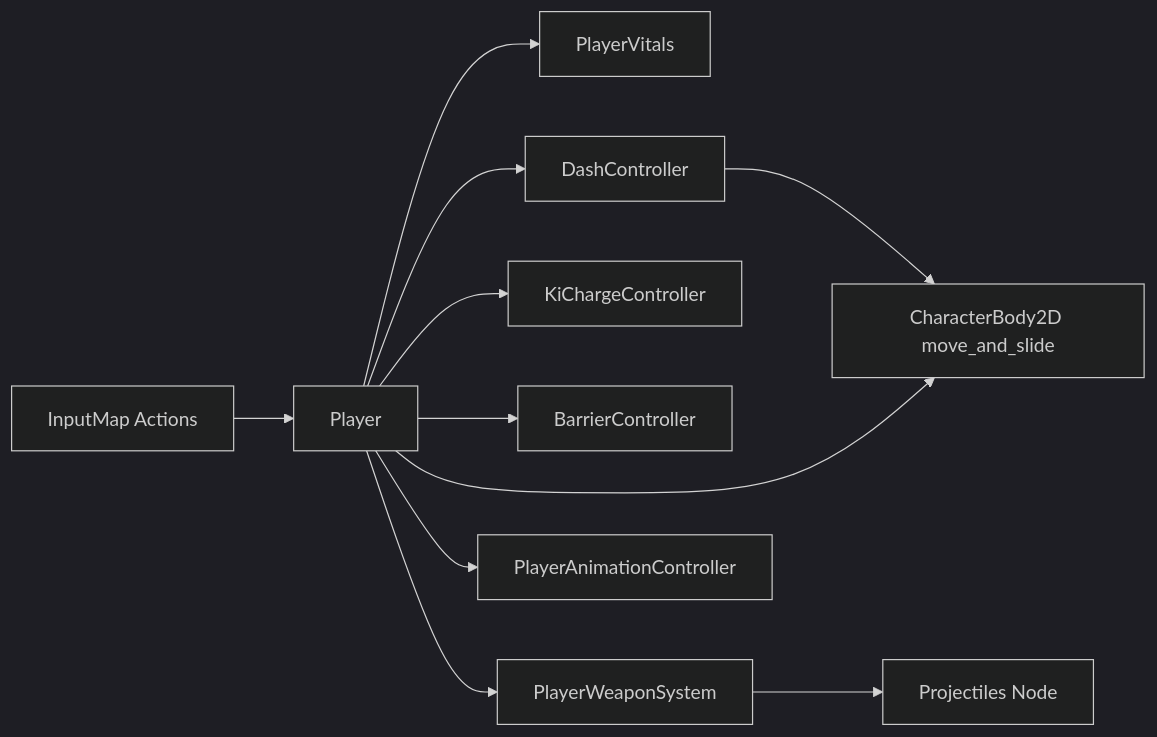
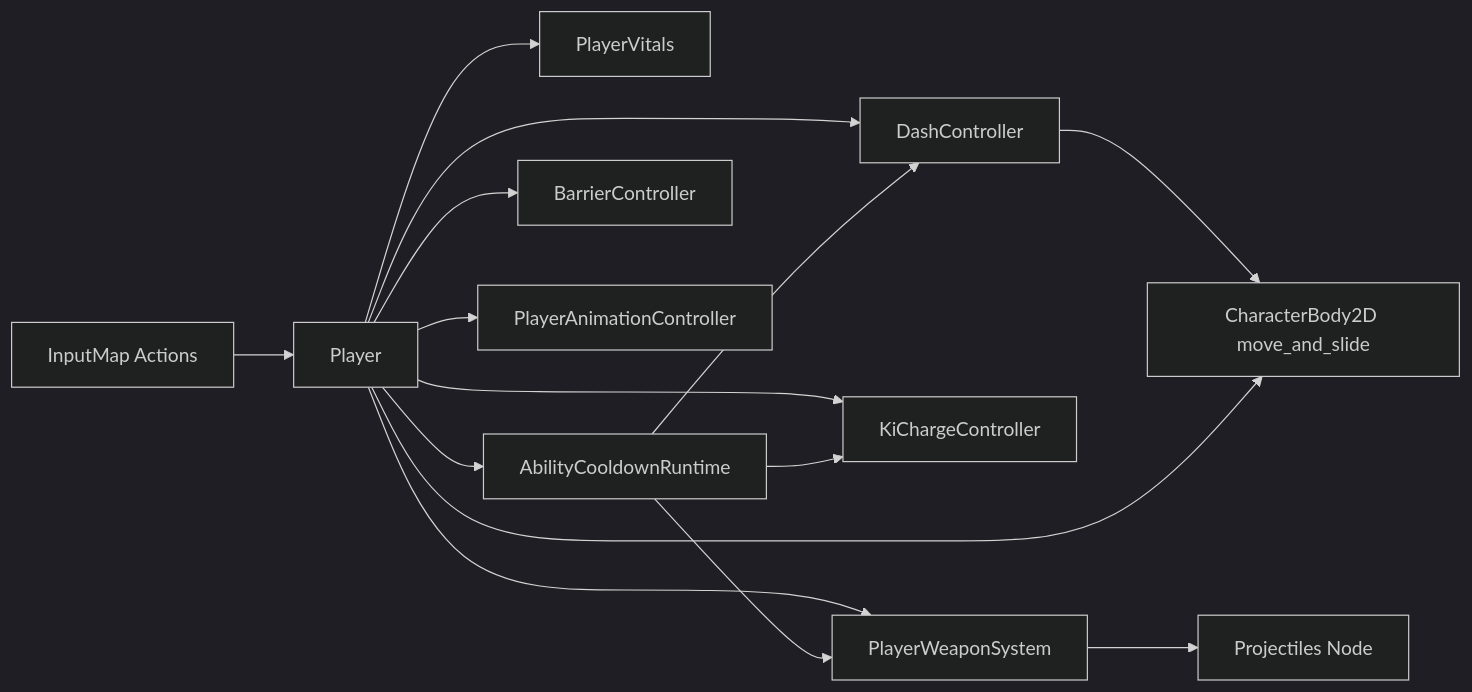
The third of 9 diagrams in ARCHITECTURE.md (mp1707/godot-survivors-game), drawn with Mermaid (dark theme) before and after one commit. The commit also changed other lines of this file and 20 other files, not shown here.

Commit message:
feat: implement ability cooldown system with runtime tracking and UI overlays

````diff
--- a/ARCHITECTURE.md
+++ b/ARCHITECTURE.md
@@ -84,13 +87,17 @@
 ```mermaid
 flowchart LR
     Input["InputMap Actions"] --> Player["Player"]
     Player --> Vitals["PlayerVitals"]
+    Player --> Cooldowns["AbilityCooldownRuntime"]
     Player --> Dash["DashController"]
     Player --> Charge["KiChargeController"]
     Player --> Barrier["BarrierController"]
     Player --> Weapon["PlayerWeaponSystem"]
     Player --> Anim["PlayerAnimationController"]
+    Cooldowns --> Dash
+    Cooldowns --> Charge
+    Cooldowns --> Weapon
     Weapon --> ProjectileParent["Projectiles Node"]
     Dash --> Move["CharacterBody2D move_and_slide"]
     Player --> Move
 ```
````
